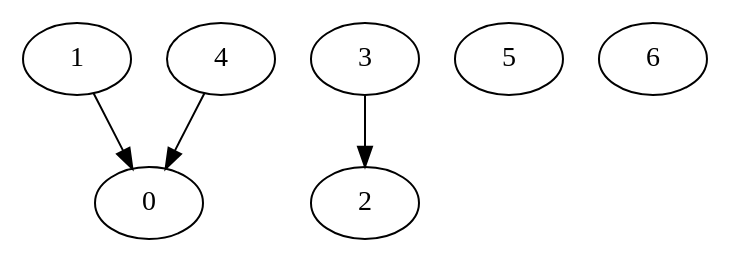
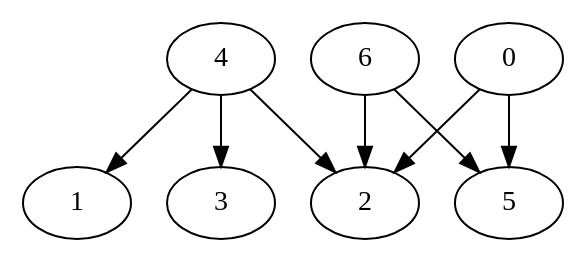
Before and after one commit to nreusch/TSNConf: the diagram in utils/apps/app.dot, drawn with Graphviz. The commit also changed 22 other files, not shown here.

```diff
--- a/utils/apps/app.dot
+++ b/utils/apps/app.dot
@@ -1,7 +1,9 @@
 digraph dag {
-	1 -> 0;
-	3 -> 2;
-	4 -> 0;
-	5;
-	6;
+	0 -> 2;
+	0 -> 5;
+	4 -> 1;
+	4 -> 2;
+	4 -> 3;
+	6 -> 2;
+	6 -> 5;
 }
```
